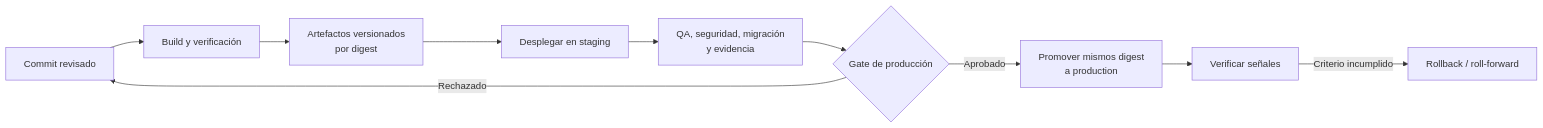
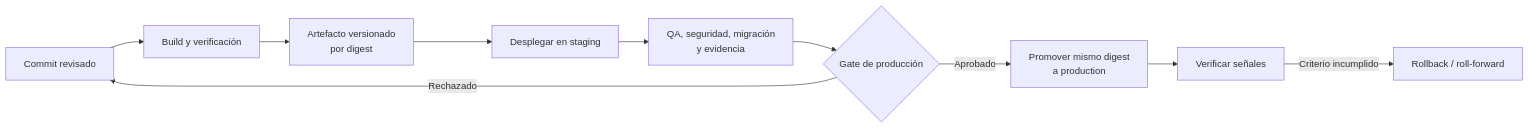
Before and after one commit to luisgtzaviles/SrTaller-2.0: the second of 2 diagrams in docs/architecture/DEPLOYMENT_STRATEGY.md, drawn with Mermaid. The commit also changed other lines of this file and 25 other files, not shown here.

Commit message:
docs: accept modular monolith architecture

````diff
--- a/docs/architecture/DEPLOYMENT_STRATEGY.md
+++ b/docs/architecture/DEPLOYMENT_STRATEGY.md
@@ -76,17 +75,17 @@
 ```mermaid
 flowchart LR
     Commit[Commit revisado]
     CI[Build y verificación]
-    Artifact[Artefactos versionados\npor digest]
+    Artifact[Artefacto versionado\npor digest]
     Stage[Desplegar en staging]
     Validate[QA, seguridad, migración\ny evidencia]
     Approval{Gate de producción}
-    Prod[Promover mismos digest\na production]
+    Prod[Promover mismo digest\na production]
     Observe[Verificar señales]
     Rollback[Rollback / roll-forward]
 
     Commit --> CI --> Artifact --> Stage --> Validate --> Approval
     Approval -- Aprobado --> Prod --> Observe
     Approval -- Rechazado --> Commit
     Observe -- Criterio incumplido --> Rollback
 ```
````
